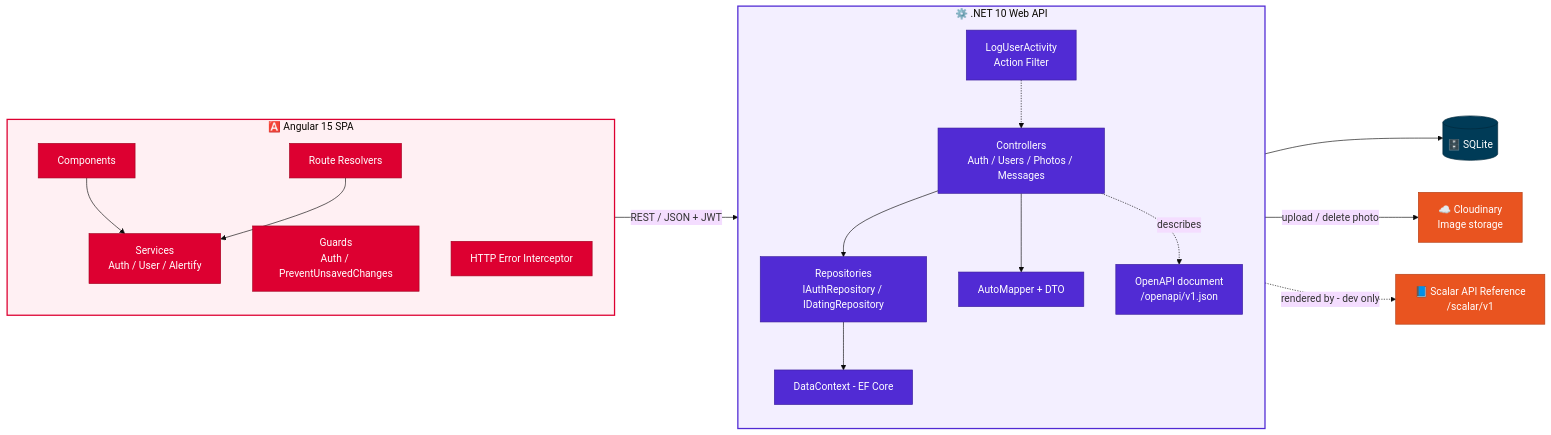
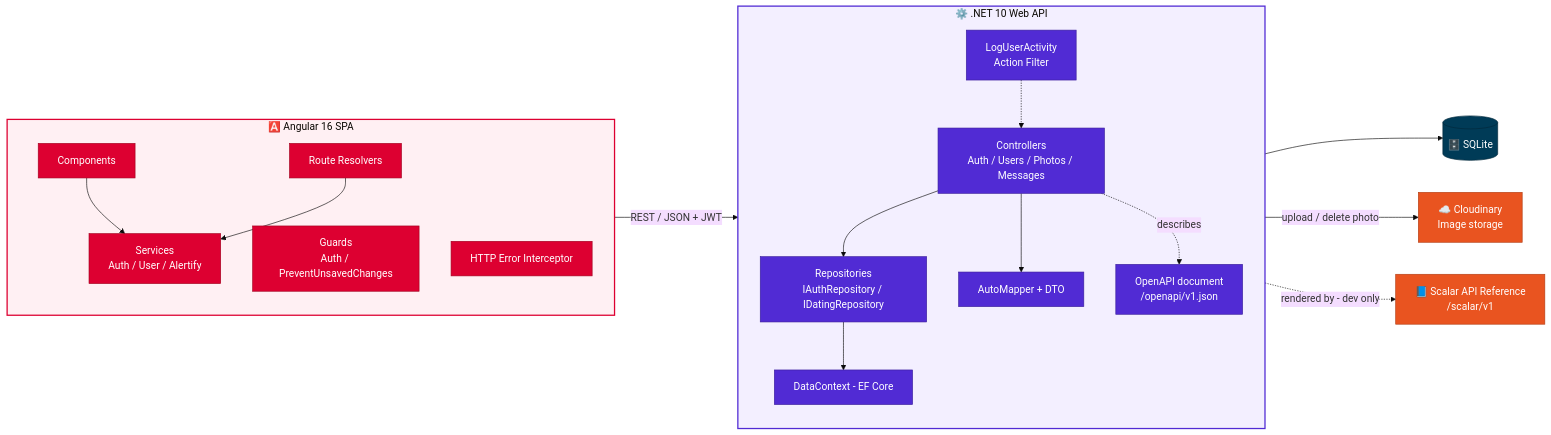
The first of 6 diagrams in README.md (NisanurBulut/KimOkurAPP), drawn with Mermaid (base theme) before and after one commit. The commit also changed other lines of this file and 32 other files, not shown here.

````diff
--- a/README.md
+++ b/README.md
@@ -166,40 +166,40 @@
 ```mermaid
 flowchart LR
-    subgraph SPA["🅰️ Angular 15 SPA"]
+    subgraph SPA["🅰️ Angular 16 SPA"]
         direction TB
         CMP["Components"] --> SRV["Services<br/>Auth / User / Alertify"]
         RES["Route Resolvers"] --> SRV
         GRD["Guards<br/>Auth / PreventUnsavedChanges"]
         INT["HTTP Error Interceptor"]
     end
 
     subgraph API["⚙️ .NET 10 Web API"]
         direction TB
         CTR["Controllers<br/>Auth / Users / Photos / Messages"] --> REP["Repositories<br/>IAuthRepository / IDatingRepository"]
         CTR --> MAP["AutoMapper + DTO"]
         FLT["LogUserActivity<br/>Action Filter"] -.-> CTR
         REP --> CTX["DataContext - EF Core"]
         OAS["OpenAPI document<br/>/openapi/v1.json"]
     end
 
     DB[("🗄️ SQLite")]
     CLD["☁️ Cloudinary<br/>Image storage"]
     SCL["📘 Scalar API Reference<br/>/scalar/v1"]
 
     SRV -->|"REST / JSON + JWT"| CTR
     CTX --> DB
     CTR -->|"upload / delete photo"| CLD
     CTR -.->|"describes"| OAS
     OAS -.->|"rendered by - dev only"| SCL
 
     classDef spa fill:#DD0031,stroke:#A3001F,color:#ffffff
     classDef api fill:#512BD4,stroke:#3A1E9C,color:#ffffff
     classDef ext fill:#E95420,stroke:#B33E14,color:#ffffff
     classDef store fill:#003B57,stroke:#00283B,color:#ffffff
     class CMP,SRV,RES,GRD,INT spa
     class CTR,REP,MAP,FLT,CTX,OAS api
     class CLD,SCL ext
     class DB store
     style SPA fill:#FFF0F3,stroke:#DD0031,stroke-width:2px
     style API fill:#F3EFFF,stroke:#512BD4,stroke-width:2px
 ```
````
